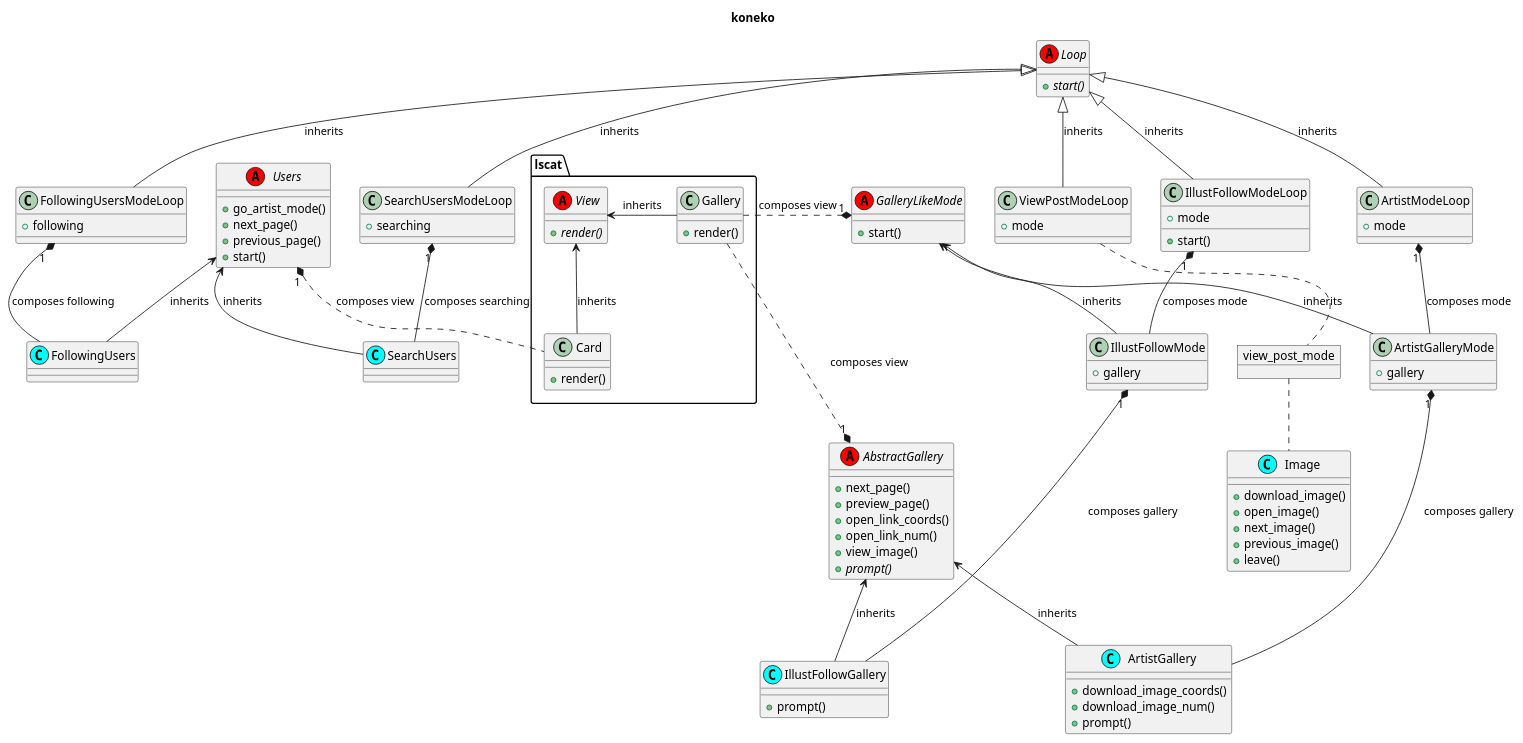
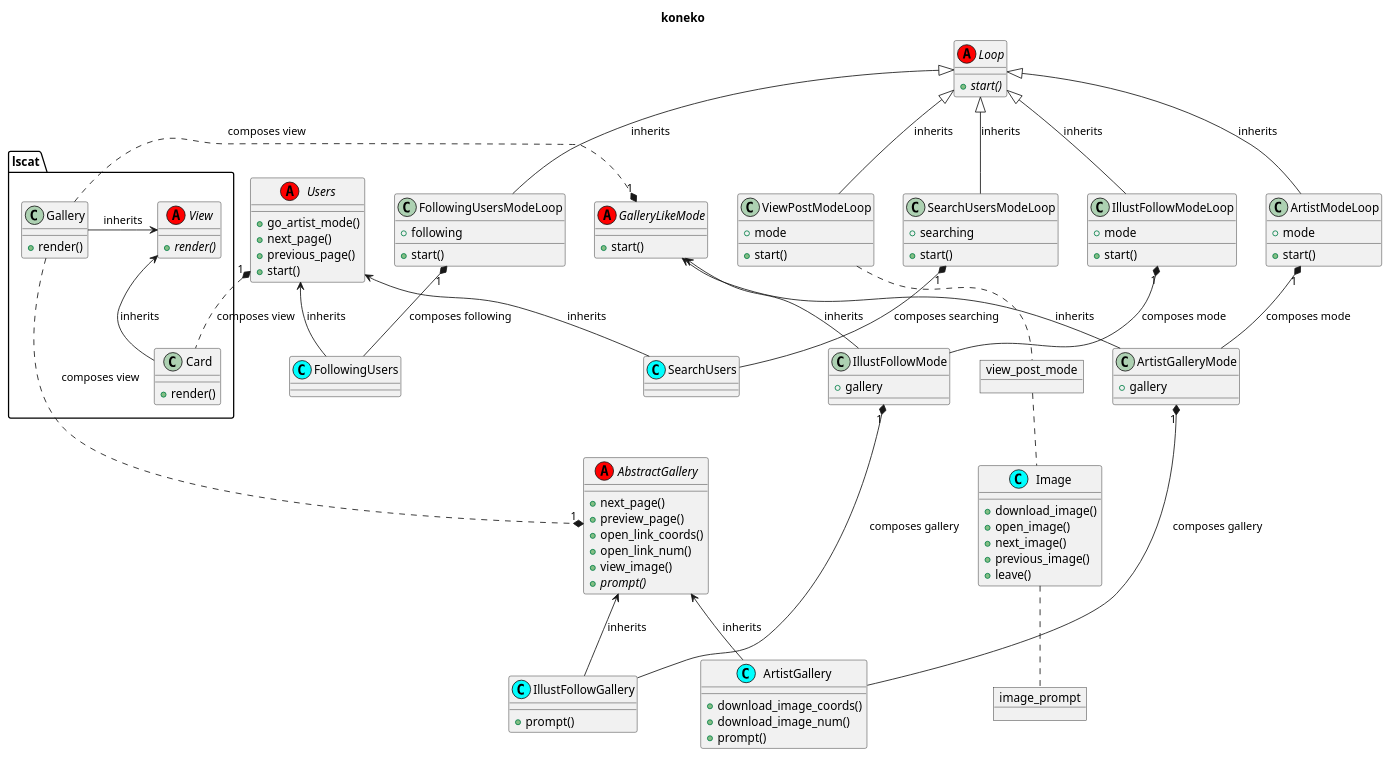
One commit to akazukin5151/koneko-old changed the diagram in classes.puml. Above: the diagram before and after it, drawn with PlantUML. The commit also changed 2 other files, not shown here.

```diff
--- a/classes.puml
+++ b/classes.puml
@@ -1,131 +1,137 @@
 @startuml
 
 title koneko
 
 
 abstract class Loop <<(A, red)>>{
   +{abstract}start()
 }
 
 class ArtistModeLoop {
     + mode
+    +start()
 }
 class IllustFollowModeLoop {
     + mode
     +start()
 }
 Loop <|-down- ArtistModeLoop: inherits
 Loop <|-down- IllustFollowModeLoop: inherits
 
 
 abstract class GalleryLikeMode <<(A, red)>>{
     +start()
 }
 class ArtistGalleryMode {
     + gallery
 }
 class IllustFollowMode {
     + gallery
 }
 abstract class AbstractGallery <<(A, red)>>{
     +next_page()
     +preview_page()
     +open_link_coords()
     +open_link_num()
     +view_image()
     +{abstract}prompt()
 }
 
 class ArtistGallery <<(C, cyan)>>{
     +download_image_coords()
     +download_image_num()
     +prompt()
 }
 class IllustFollowGallery <<(C, cyan)>>{
     +prompt()
 }
 
 GalleryLikeMode <-down- ArtistGalleryMode: inherits
 ArtistModeLoop "1" *-down- ArtistGalleryMode: composes mode
 
 GalleryLikeMode <-down- IllustFollowMode: inherits
 IllustFollowModeLoop "1" *-down- IllustFollowMode: composes mode
 
 AbstractGallery <-down- IllustFollowGallery: inherits
 IllustFollowMode "1" *-down-- IllustFollowGallery: composes gallery
 
 AbstractGallery <-down- ArtistGallery: inherits
 ArtistGalleryMode "1" *-down-- ArtistGallery: composes gallery
 
 
 class ViewPostModeLoop {
     + mode
+    +start()
 }
 object view_post_mode
+object image_prompt
 class Image <<(C, cyan)>>{
     + download_image()
     + open_image()
     + next_image()
     + previous_image()
     + leave()
 }
 
-ViewPostModeLoop -right[hidden]-> IllustFollowModeLoop
+ViewPostModeLoop -right[hidden]-> SearchUsersModeLoop
 Loop <|-down- ViewPostModeLoop: inherits
 ViewPostModeLoop .. view_post_mode
 view_post_mode .. Image
+Image .. image_prompt
 
 
 class FollowingUsersModeLoop {
     + following
+    +start()
 }
 class SearchUsersModeLoop {
     + searching
+    +start()
 }
 FollowingUsersModeLoop -right[hidden]-> IllustFollowModeLoop
 SearchUsersModeLoop -right[hidden]-> IllustFollowModeLoop
 Loop <|-down- FollowingUsersModeLoop: inherits
 Loop <|-down- SearchUsersModeLoop: inherits
 
 class FollowingUsers <<(C, cyan)>>
 class SearchUsers <<(C, cyan)>>
 abstract class Users <<(A, red)>>{
     +go_artist_mode()
     +next_page()
     +previous_page()
     +start()
 }
 Users <-down- FollowingUsers: inherits
 Users <-down- SearchUsers: inherits
 FollowingUsersModeLoop "1" *-down- FollowingUsers: composes following
 SearchUsersModeLoop "1" *-down- SearchUsers: composes searching
 
 abstract class lscat.View <<(A, red)>>{
     +{abstract}render()
 }
 class lscat.Card {
     + render()
 }
 class lscat.Gallery {
     + render()
 }
 
 lscat.View <-down- lscat.Card: inherits
 lscat.View <-left- lscat.Gallery: inherits
 
 Users "1" *.down. lscat.Card: composes view
 GalleryLikeMode "1" *.up lscat.Gallery: composes view
 AbstractGallery "1" *.up lscat.Gallery: composes view
 
 AbstractGallery --up[hidden]-> GalleryLikeMode
 IllustFollowMode -right[hidden]-> ArtistGalleryMode
 SearchUsers -right[hidden]-> IllustFollowMode
 
 lscat.Gallery --left[hidden]-> IllustFollowGallery
 GalleryLikeMode -down[hidden]-> IllustFollowGallery
 GalleryLikeMode -down[hidden]-> ArtistGallery
 
 Users -right[hidden]-> GalleryLikeMode
 lscat.Card -up[hidden]-> GalleryLikeMode
 
 @enduml
```
